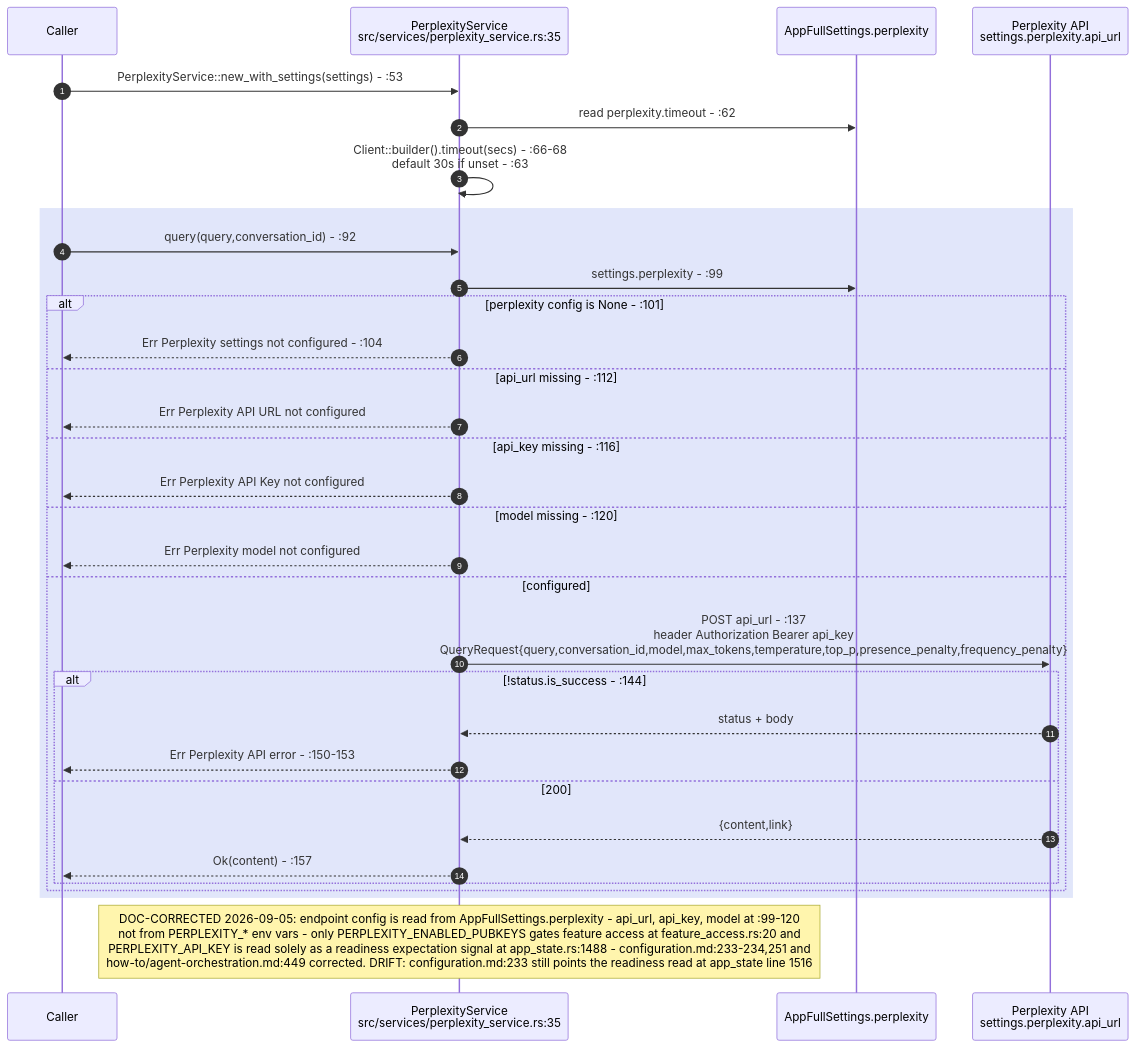
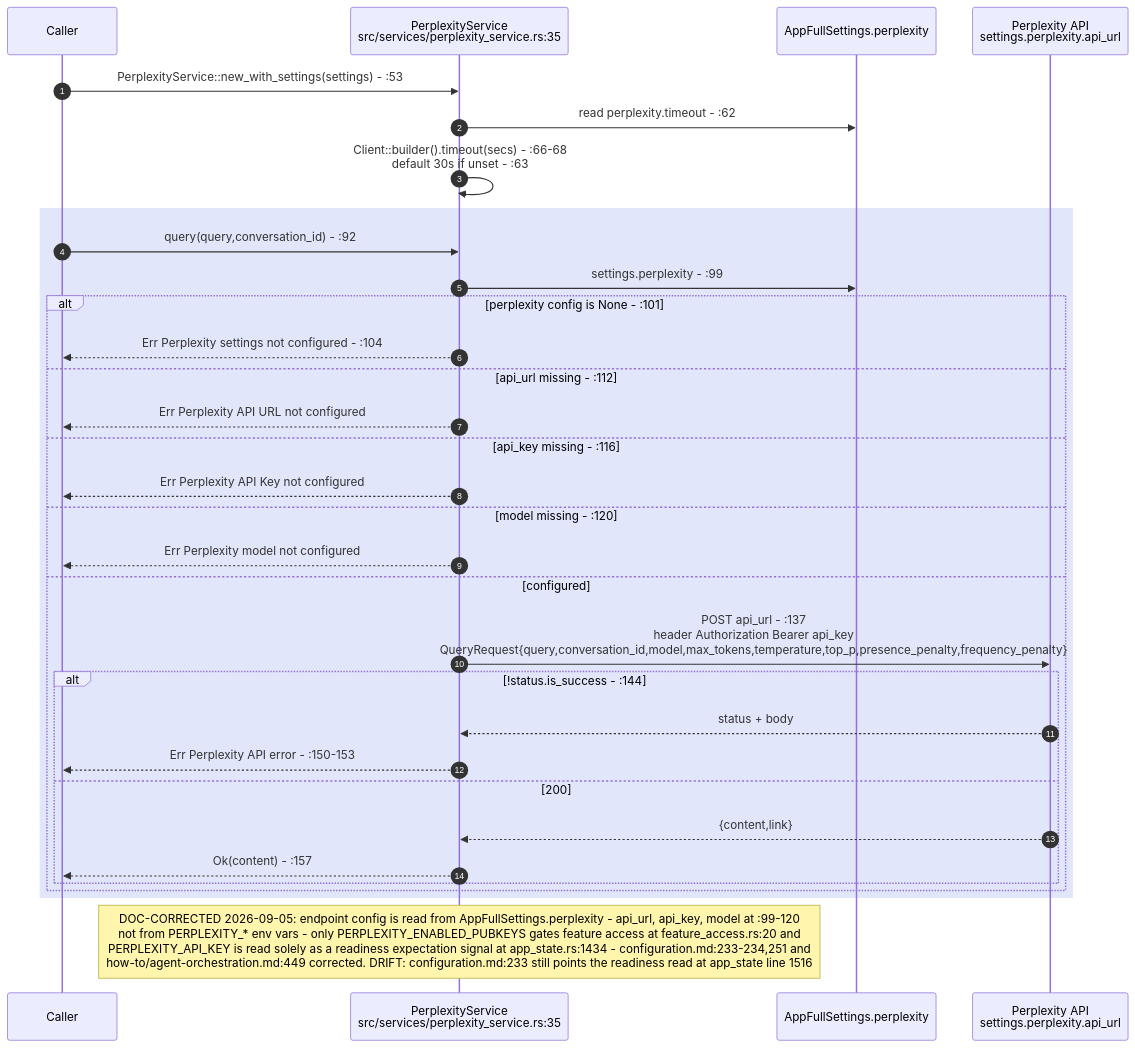
Before and after one commit to DreamLab-AI/VisionFlow: the third of 8 diagrams in docs/diagrams/visionclaw/28-external-services.md, drawn with Mermaid. The commit also changed other lines of this file and 46 other files, not shown here.

Commit message:
docs(diagrams): re-verify VisionClaw topics at 809a859aa/a950f4d80 after the consolidation pass

````diff
--- a/docs/diagrams/visionclaw/28-external-services.md
+++ b/docs/diagrams/visionclaw/28-external-services.md
@@ -149,36 +149,36 @@
 ```mermaid
 sequenceDiagram
     autonumber
     participant Caller
     participant PS as PerplexityService<br/>src/services/perplexity_service.rs:35
     participant SET as AppFullSettings.perplexity
     participant PX as Perplexity API<br/>settings.perplexity.api_url
 
     Caller->>PS: PerplexityService::new_with_settings(settings) - :53
     PS->>SET: read perplexity.timeout - :62
     PS->>PS: Client::builder().timeout(secs) - :66-68<br/>default 30s if unset - :63
 
     rect rgb(225,230,250)
     Caller->>PS: query(query,conversation_id) - :92
     PS->>SET: settings.perplexity - :99
     alt perplexity config is None - :101
         PS-->>Caller: Err Perplexity settings not configured - :104
     else api_url missing - :112
         PS-->>Caller: Err Perplexity API URL not configured
     else api_key missing - :116
         PS-->>Caller: Err Perplexity API Key not configured
     else model missing - :120
         PS-->>Caller: Err Perplexity model not configured
     else configured
         PS->>PX: POST api_url - :137<br/>header Authorization Bearer api_key<br/>QueryRequest{query,conversation_id,model,max_tokens,temperature,top_p,presence_penalty,frequency_penalty}
         alt !status.is_success - :144
             PX-->>PS: status + body
             PS-->>Caller: Err Perplexity API error - :150-153
         else 200
             PX-->>PS: {content,link}
             PS-->>Caller: Ok(content) - :157
         end
     end
     end
-    Note over PS: DOC-CORRECTED 2026-09-05: endpoint config is read from AppFullSettings.perplexity - api_url, api_key, model at :99-120<br/>not from PERPLEXITY_* env vars - only PERPLEXITY_ENABLED_PUBKEYS gates feature access at feature_access.rs:20 and<br/>PERPLEXITY_API_KEY is read solely as a readiness expectation signal at app_state.rs:1488 - configuration.md:233-234,251 and<br/>how-to/agent-orchestration.md:449 corrected. DRIFT: configuration.md:233 still points the readiness read at app_state line 1516
+    Note over PS: DOC-CORRECTED 2026-09-05: endpoint config is read from AppFullSettings.perplexity - api_url, api_key, model at :99-120<br/>not from PERPLEXITY_* env vars - only PERPLEXITY_ENABLED_PUBKEYS gates feature access at feature_access.rs:20 and<br/>PERPLEXITY_API_KEY is read solely as a readiness expectation signal at app_state.rs:1434 - configuration.md:233-234,251 and<br/>how-to/agent-orchestration.md:449 corrected. DRIFT: configuration.md:233 still points the readiness read at app_state line 1516
 ```
````
